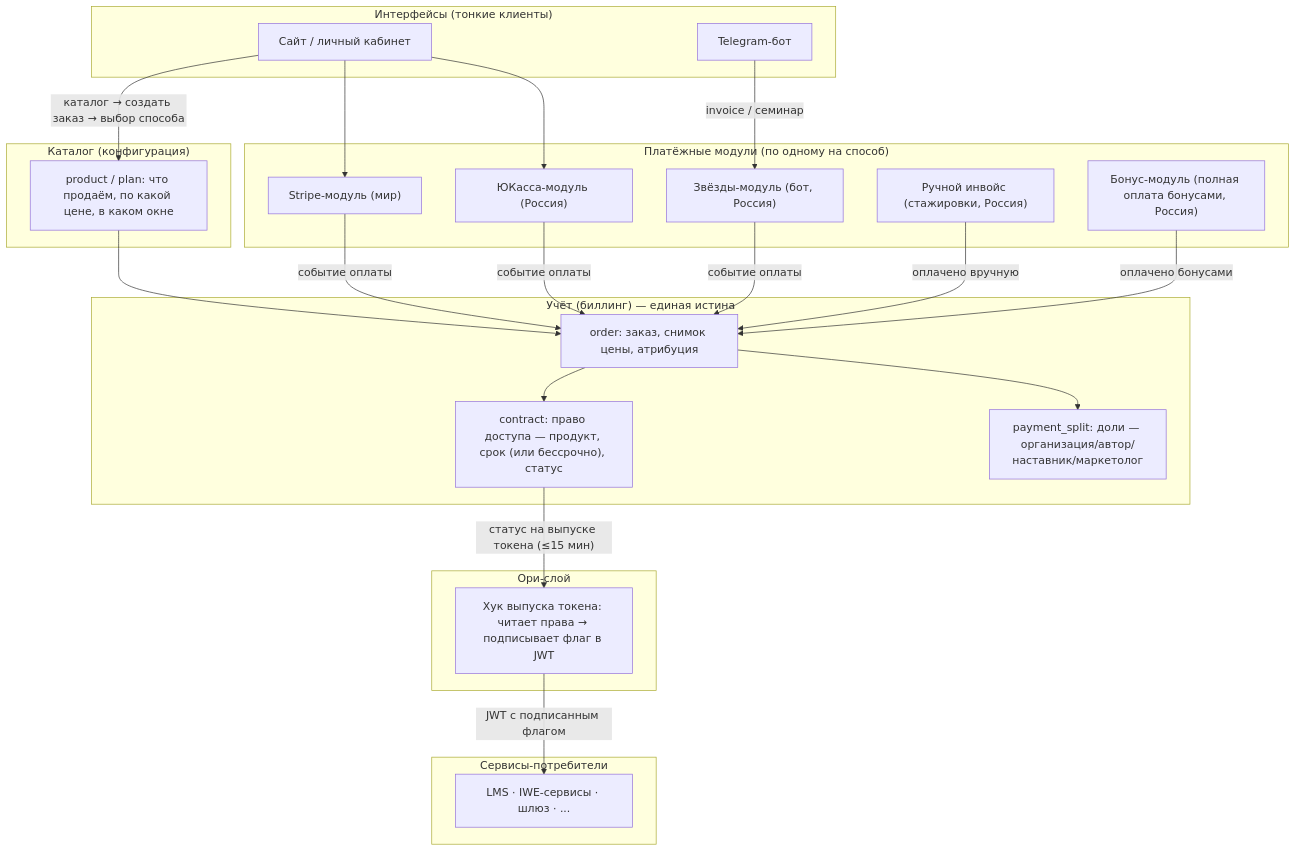
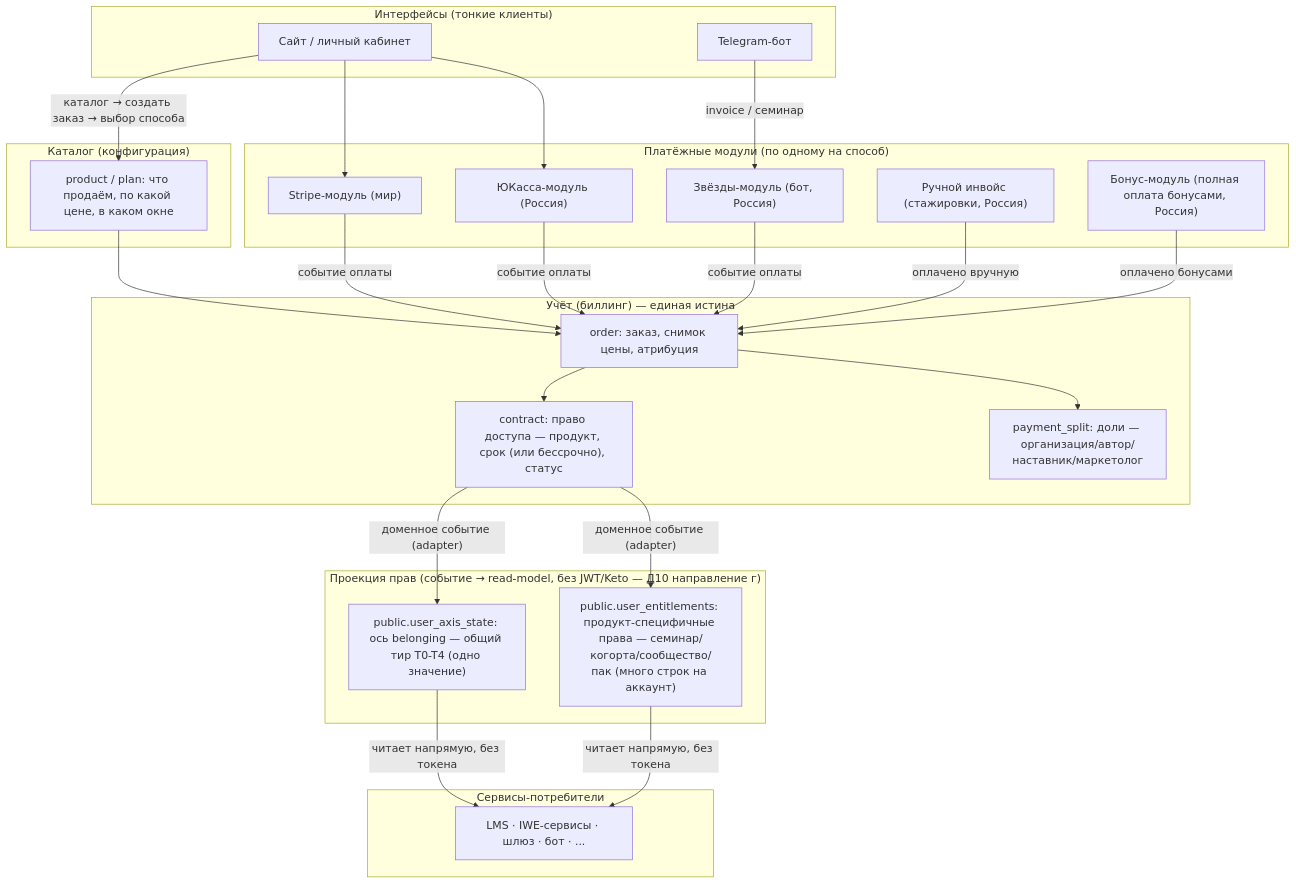
The diagram in 0.OPS/0.9.Inbox/WP-467-payments-subscriptions-architecture.md (TserenTserenov/DS-ecosystem-development), drawn with Mermaid before and after one commit. The commit also changed other lines of this file, not shown here.

First line of the commit message:
fix(wp467): §4 обновлён под решение Д10, спроектировано расширение read-model

````diff
--- a/0.OPS/0.9.Inbox/WP-467-payments-subscriptions-architecture.md
+++ b/0.OPS/0.9.Inbox/WP-467-payments-subscriptions-architecture.md
@@ -82,48 +82,51 @@
 ```mermaid
 flowchart TB
     subgraph INTERFACES["Интерфейсы (тонкие клиенты)"]
         SITE["Сайт / личный кабинет"]
         BOT["Telegram-бот"]
     end
 
     subgraph CATALOG["Каталог (конфигурация)"]
         PRODUCT["product / plan: что продаём, по какой цене, в каком окне"]
     end
 
     subgraph PAY["Платёжные модули (по одному на способ)"]
         STRIPE["Stripe-модуль (мир)"]
         YOO["ЮКасса-модуль (Россия)"]
         STARS["Звёзды-модуль (бот, Россия)"]
         MANUAL["Ручной инвойс (стажировки, Россия)"]
         BONUS["Бонус-модуль (полная оплата бонусами, Россия)"]
     end
 
     subgraph BILLING["Учёт (биллинг) — единая истина"]
         ORDER["order: заказ, снимок цены, атрибуция"]
         CONTRACT["contract: право доступа — продукт, срок (или бессрочно), статус"]
         SPLIT["payment_split: доли — организация/автор/наставник/маркетолог"]
     end
 
-    subgraph ORY["Ори-слой"]
-        HOOK["Хук выпуска токена: читает права → подписывает флаг в JWT"]
+    subgraph PROJECTION["Проекция прав (событие → read-model, без JWT/Keto — Д10 направление г)"]
+        AXIS["public.user_axis_state: ось belonging — общий тир T0-T4 (одно значение)"]
+        ENT["public.user_entitlements: продукт-специфичные права — семинар/когорта/сообщество/пак (много строк на аккаунт)"]
     end
 
     subgraph CONSUMERS["Сервисы-потребители"]
-        SVC["LMS · IWE-сервисы · шлюз · ..."]
+        SVC["LMS · IWE-сервисы · шлюз · бот · ..."]
     end
 
     SITE -- "каталог → создать заказ → выбор способа" --> PRODUCT
     PRODUCT --> ORDER
     SITE --> STRIPE
     SITE --> YOO
     BOT -- "invoice / семинар" --> STARS
     STRIPE -- "событие оплаты" --> ORDER
     YOO -- "событие оплаты" --> ORDER
     STARS -- "событие оплаты" --> ORDER
     MANUAL -- "оплачено вручную" --> ORDER
     BONUS -- "оплачено бонусами" --> ORDER
     ORDER --> CONTRACT
     ORDER --> SPLIT
-    CONTRACT -- "статус на выпуске токена (≤15 мин)" --> HOOK
-    HOOK -- "JWT с подписанным флагом" --> SVC
+    CONTRACT -- "доменное событие (adapter)" --> AXIS
+    CONTRACT -- "доменное событие (adapter)" --> ENT
+    AXIS -- "читает напрямую, без токена" --> SVC
+    ENT -- "читает напрямую, без токена" --> SVC
 ```
````
